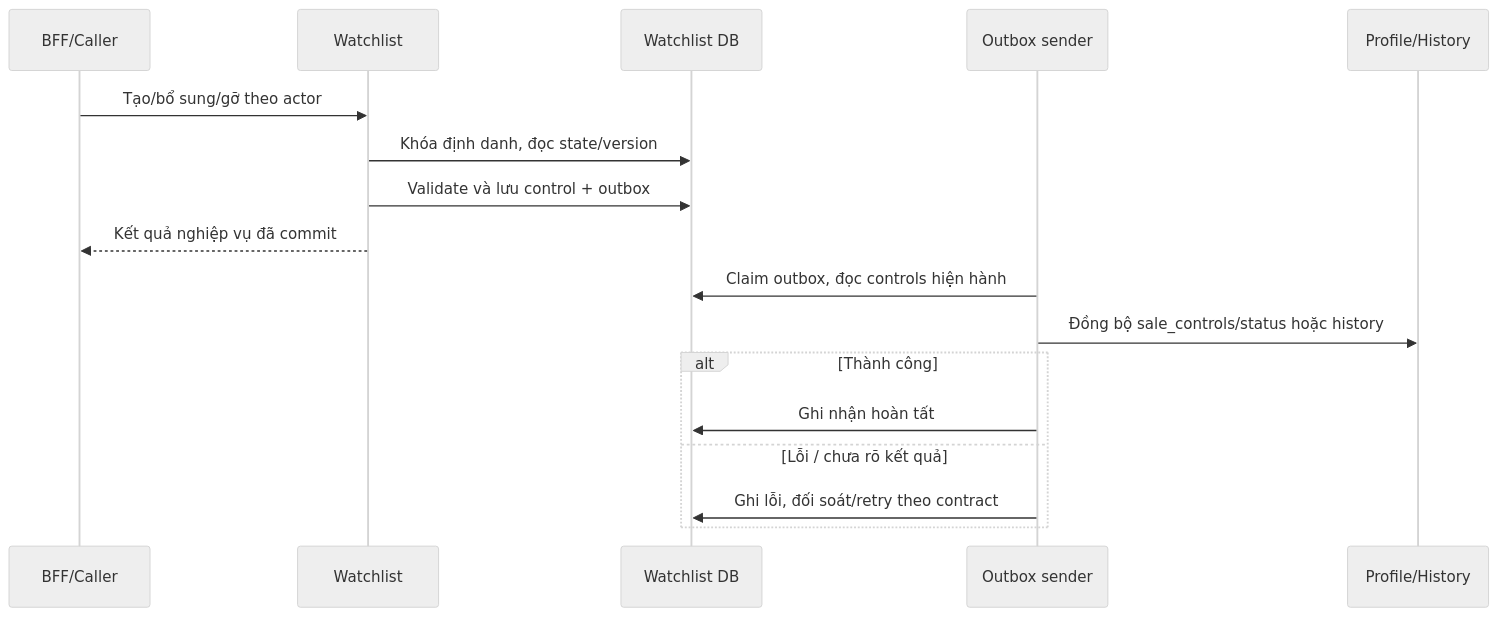
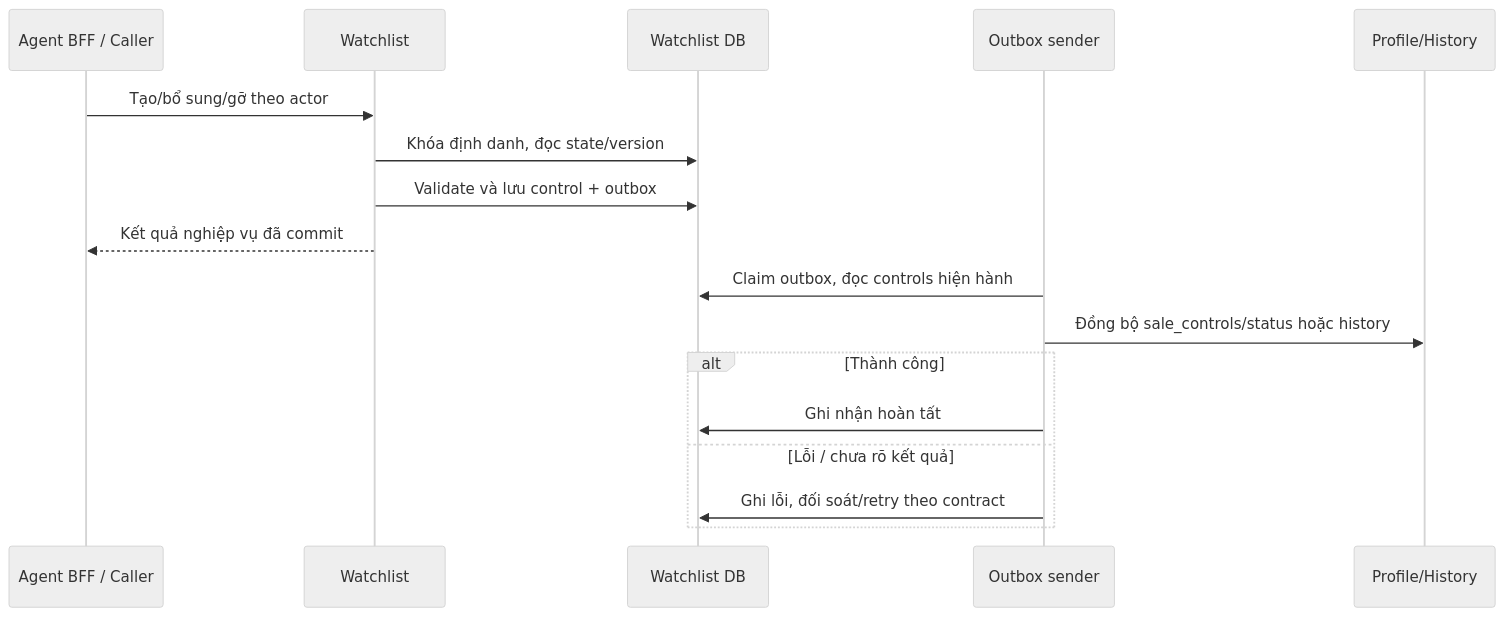
One commit to huynv-xyz/vhm-tdd changed the diagram in cobroker/diagrams/cobroker-08.mmd. Above: the diagram before and after it, drawn with Mermaid (neutral theme). The commit also changed 10 other files, not shown here.

Commit message:
docs: identify Agent BFF as the single BFF

```diff
--- a/cobroker/diagrams/cobroker-08.mmd
+++ b/cobroker/diagrams/cobroker-08.mmd
@@ -1,17 +1,17 @@
 sequenceDiagram
-    participant B as BFF/Caller
+    participant B as Agent BFF / Caller
     participant W as Watchlist
     participant D as Watchlist DB
     participant O as Outbox sender
     participant P as Profile/History
     B->>W: Tạo/bổ sung/gỡ theo actor
     W->>D: Khóa định danh, đọc state/version
     W->>D: Validate và lưu control + outbox
     W-->>B: Kết quả nghiệp vụ đã commit
     O->>D: Claim outbox, đọc controls hiện hành
     O->>P: Đồng bộ sale_controls/status hoặc history
     alt Thành công
         O->>D: Ghi nhận hoàn tất
     else Lỗi / chưa rõ kết quả
         O->>D: Ghi lỗi, đối soát/retry theo contract
     end
```
